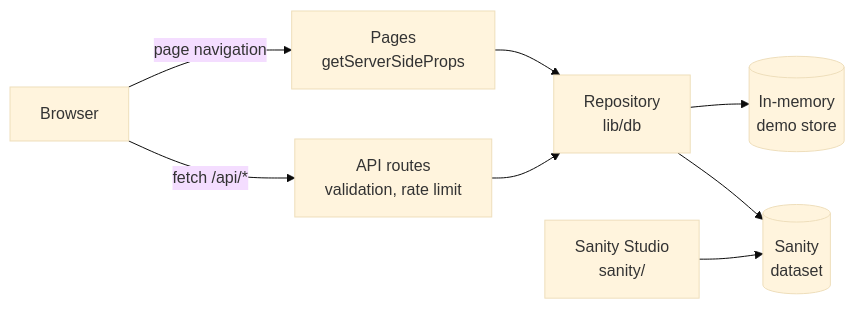
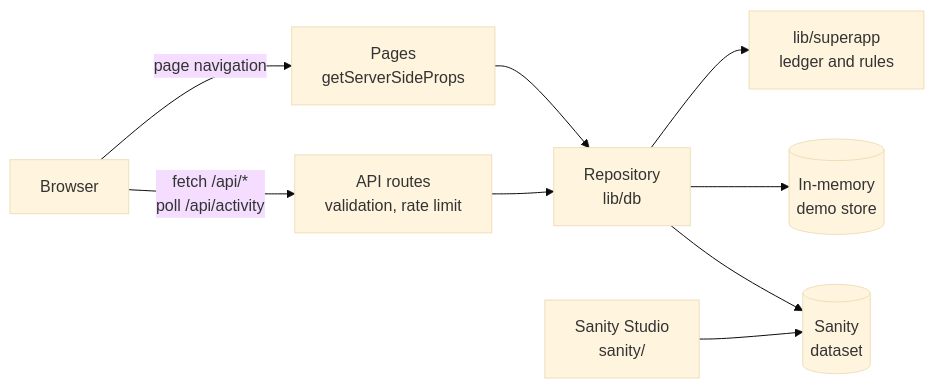
Before and after one commit to ilhanozkan/twitter-superapp-clone: the diagram in README.md, drawn with Mermaid (base theme). The commit also changed other lines of this file and 23 other files, not shown here.

````diff
--- a/README.md
+++ b/README.md
@@ -66,10 +121,11 @@
 ```mermaid
 flowchart LR
   Browser -- "page navigation" --> Pages["Pages<br/>getServerSideProps"]
-  Browser -- "fetch /api/*" --> API["API routes<br/>validation, rate limit"]
+  Browser -- "fetch /api/*<br/>poll /api/activity" --> API["API routes<br/>validation, rate limit"]
   Pages --> Repo["Repository<br/>lib/db"]
   API --> Repo
+  Repo --> Rules["lib/superapp<br/>ledger and rules"]
   Repo --> Memory[("In-memory<br/>demo store")]
   Repo --> Sanity[("Sanity<br/>dataset")]
   Studio["Sanity Studio<br/>sanity/"] --> Sanity
 ```
````
